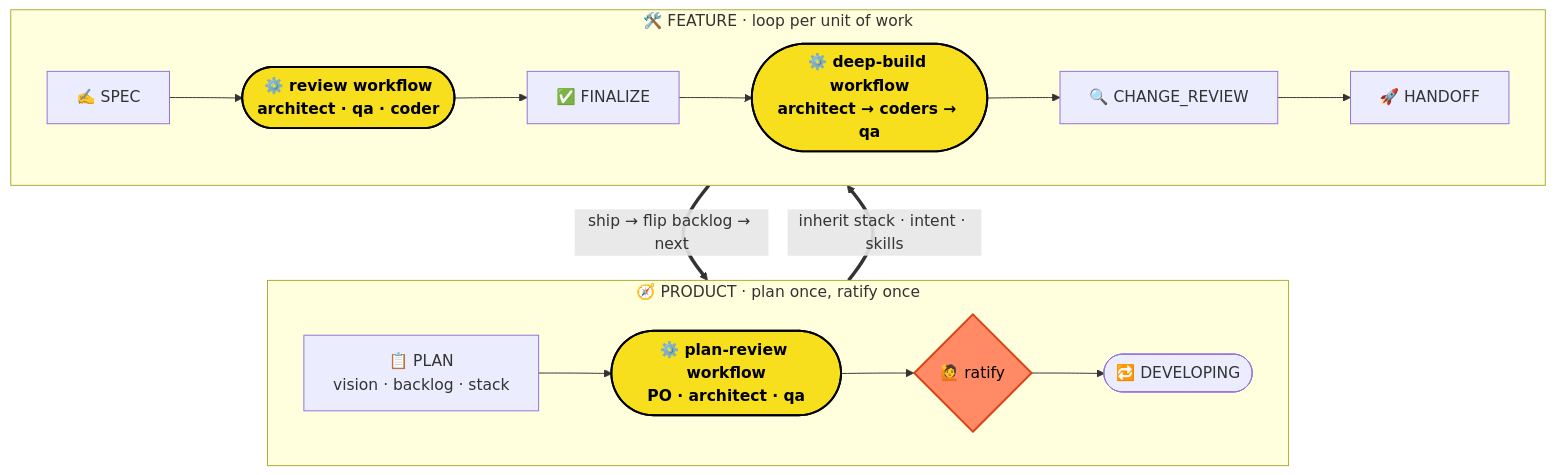
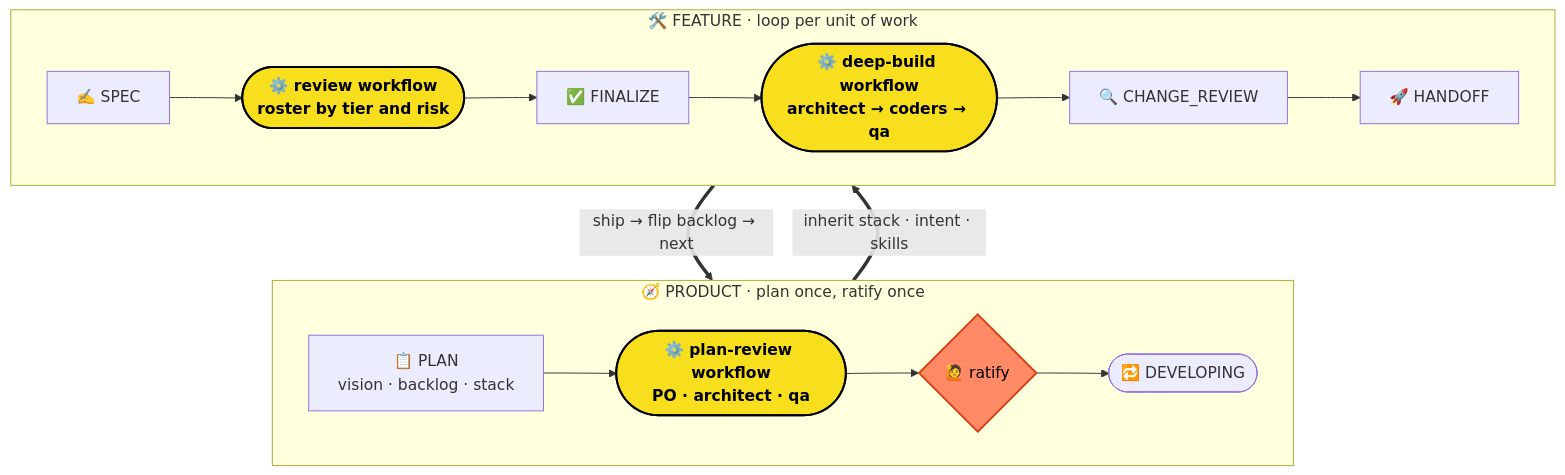
The first of 5 diagrams in README.md (rocar/build-fleet), drawn with Mermaid before and after one commit. The commit also changed other lines of this file and 5 other files, not shown here.

Commit message:
docs: risk axis, tier-by-risk seeding and the change-review gate in protocol, rubric, README, loops, contract, pilot

````diff
--- a/README.md
+++ b/README.md
@@ -46,18 +46,18 @@
 ```mermaid
 flowchart TB
     subgraph PT["🧭 PRODUCT · plan once, ratify once"]
         direction LR
         PLAN["📋 PLAN<br/>vision · backlog · stack"] --> PREV(["⚙️ plan-review workflow<br/>PO · architect · qa"]) --> PFIN{"🙋 ratify"} --> DEV(["🔁 DEVELOPING"])
     end
     subgraph FT["🛠️ FEATURE · loop per unit of work"]
         direction LR
-        SPEC["✍️ SPEC"] --> REVIEW(["⚙️ review workflow<br/>architect · qa · coder"]) --> FIN["✅ FINALIZE"] --> BUILD(["⚙️ deep-build workflow<br/>architect → coders → qa"]) --> CR["🔍 CHANGE_REVIEW"] --> HO["🚀 HANDOFF"]
+        SPEC["✍️ SPEC"] --> REVIEW(["⚙️ review workflow<br/>roster by tier and risk"]) --> FIN["✅ FINALIZE"] --> BUILD(["⚙️ deep-build workflow<br/>architect → coders → qa"]) --> CR["🔍 CHANGE_REVIEW"] --> HO["🚀 HANDOFF"]
     end
     DEV ==>|"inherit stack · intent · skills"| SPEC
     HO ==>|"ship → flip backlog → next"| DEV
 
     classDef js fill:#f7df1e,color:#000,stroke:#000,stroke-width:2px,font-weight:bold;
     classDef gate fill:#ff8a65,color:#000,stroke:#d84315,stroke-width:2px;
     class PREV,REVIEW,BUILD js;
     class PFIN gate;
 ```
````
